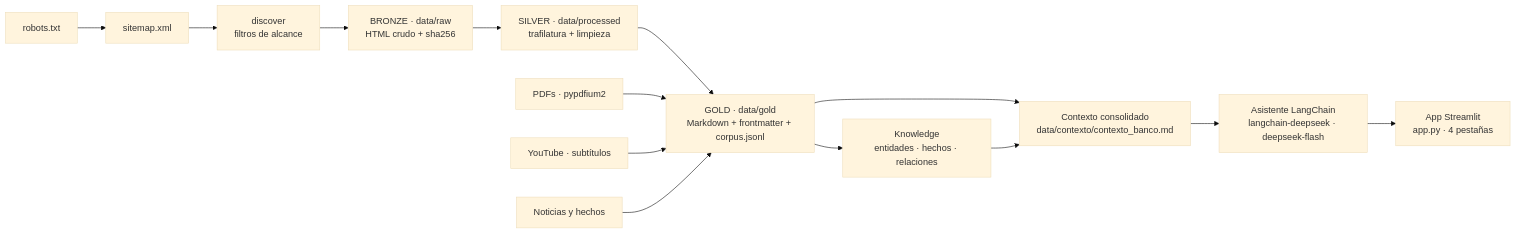
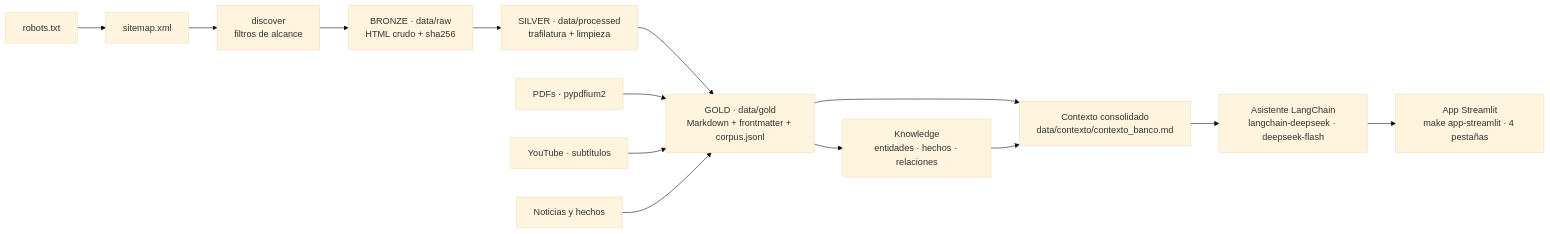
Before and after one commit to Darley843/Proyecto_BancoO: the diagram in README.md, drawn with Mermaid (base theme). The commit also changed other lines of this file and 10 other files, not shown here.

Commit message:
feat(web): app.py con FastAPI en 127.0.0.1:8000 y make app para la sucursal

````diff
--- a/README.md
+++ b/README.md
@@ -23,16 +23,16 @@
 ```mermaid
 flowchart LR
     R["robots.txt"] --> S["sitemap.xml"]
     S --> D["discover<br/>filtros de alcance"]
     D --> B["BRONZE · data/raw<br/>HTML crudo + sha256"]
     B --> SV["SILVER · data/processed<br/>trafilatura + limpieza"]
     SV --> G["GOLD · data/gold<br/>Markdown + frontmatter + corpus.jsonl"]
     P["PDFs · pypdfium2"] --> G
     V["YouTube · subtítulos"] --> G
     N["Noticias y hechos"] --> G
     G --> K["Knowledge<br/>entidades · hechos · relaciones"]
     G --> C["Contexto consolidado<br/>data/contexto/contexto_banco.md"]
     K --> C
     C --> A["Asistente LangChain<br/>langchain-deepseek · deepseek-flash"]
-    A --> ST["App Streamlit<br/>app.py · 4 pestañas"]
+    A --> ST["App Streamlit<br/>make app-streamlit · 4 pestañas"]
 ```
````
